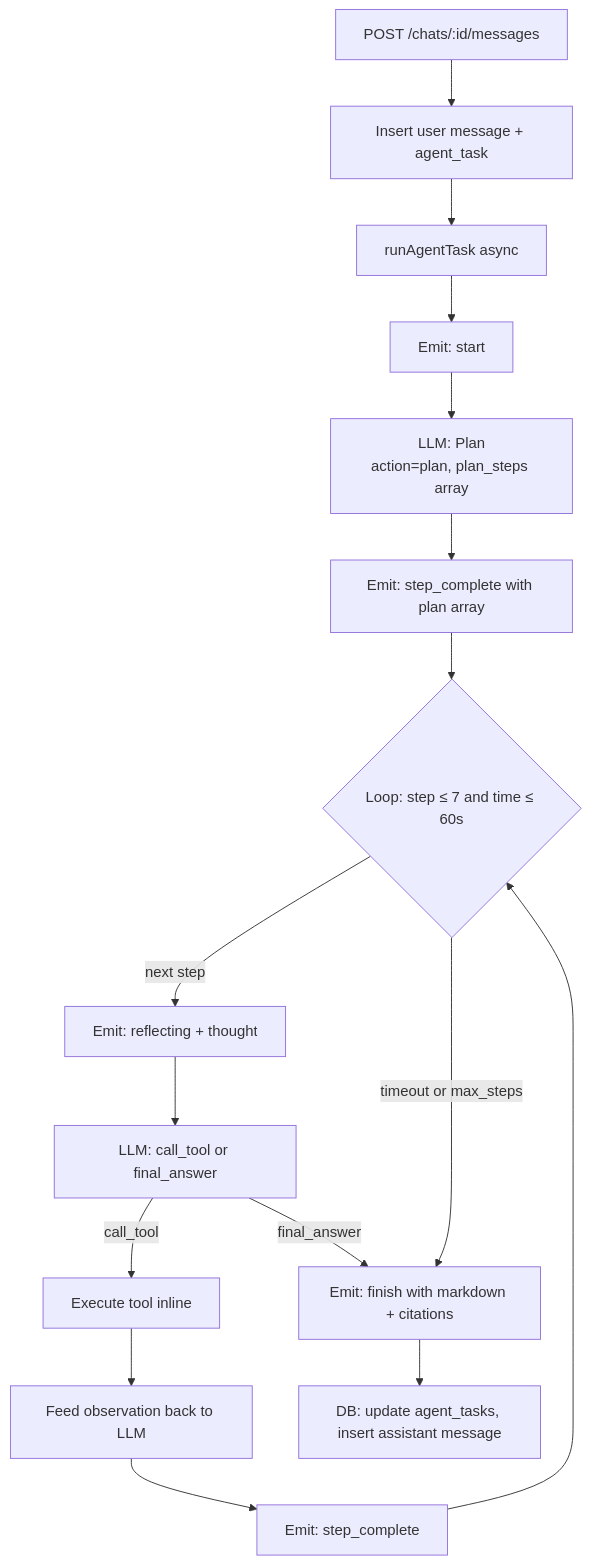
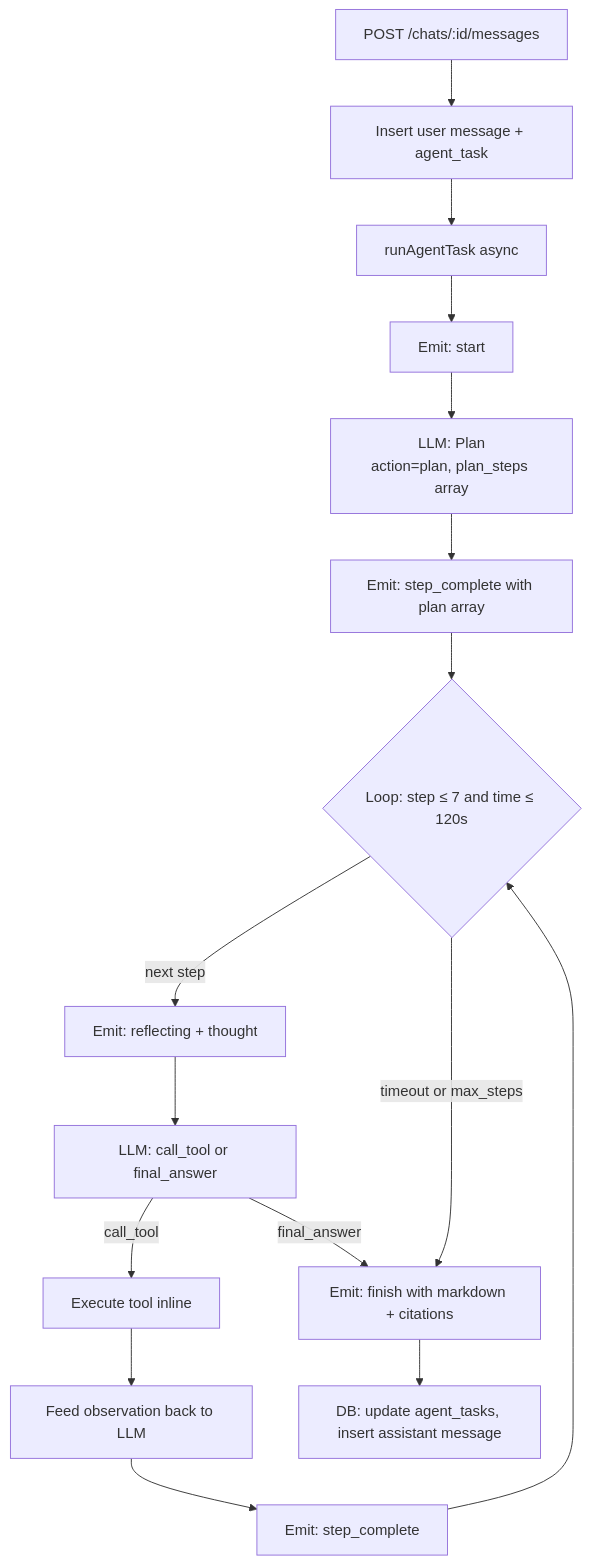
One commit to iBreakProd/biscuit changed the second of 5 diagrams in README.md. Above: the diagram before and after it, drawn with Mermaid. The commit also changed other lines of this file, not shown here.

````diff
--- a/README.md
+++ b/README.md
@@ -189,18 +191,18 @@
 ```mermaid
 graph TD
     A[POST /chats/:id/messages] --> B[Insert user message + agent_task]
     B --> C[runAgentTask async]
     C --> D[Emit: start]
     D --> E[LLM: Plan<br>action=plan, plan_steps array]
     E --> F[Emit: step_complete with plan array]
-    F --> G{Loop: step ≤ 7 and time ≤ 60s}
+    F --> G{Loop: step ≤ 7 and time ≤ 120s}
     G -->|next step| H[Emit: reflecting + thought]
     H --> I[LLM: call_tool or final_answer]
     I -->|call_tool| J[Execute tool inline]
     J --> K[Feed observation back to LLM]
     K --> L[Emit: step_complete]
     L --> G
     I -->|final_answer| M[Emit: finish with markdown + citations]
     M --> N[DB: update agent_tasks, insert assistant message]
     G -->|timeout or max_steps| M
 ```
````
